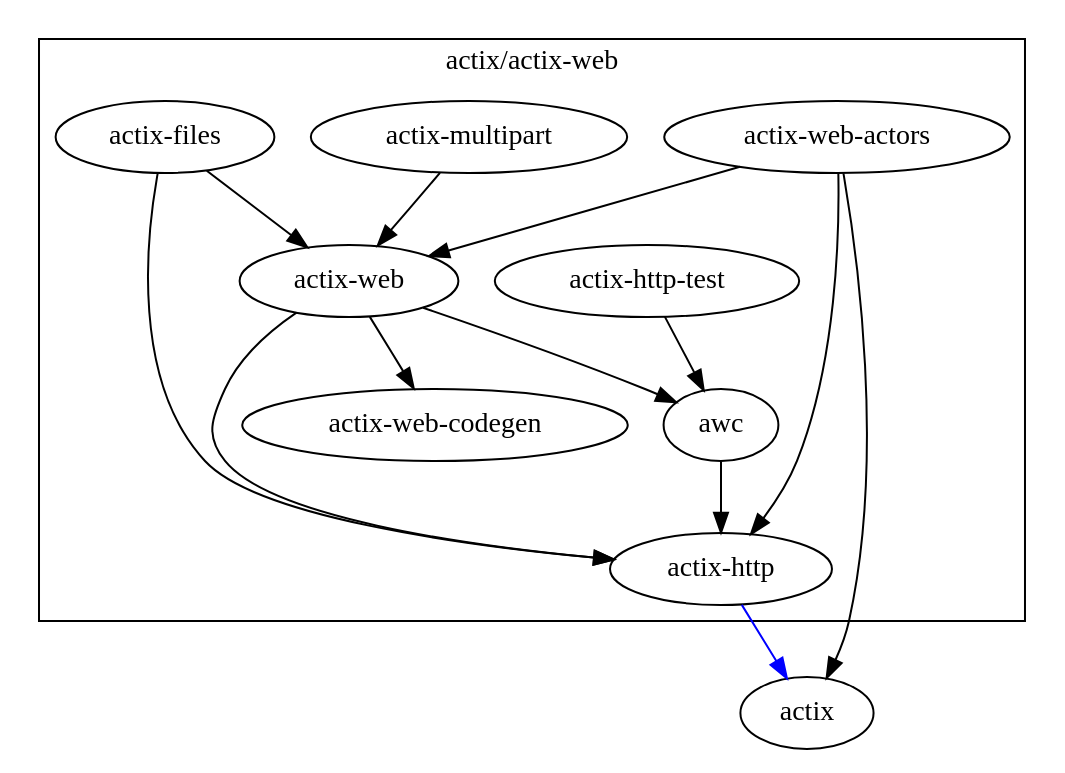
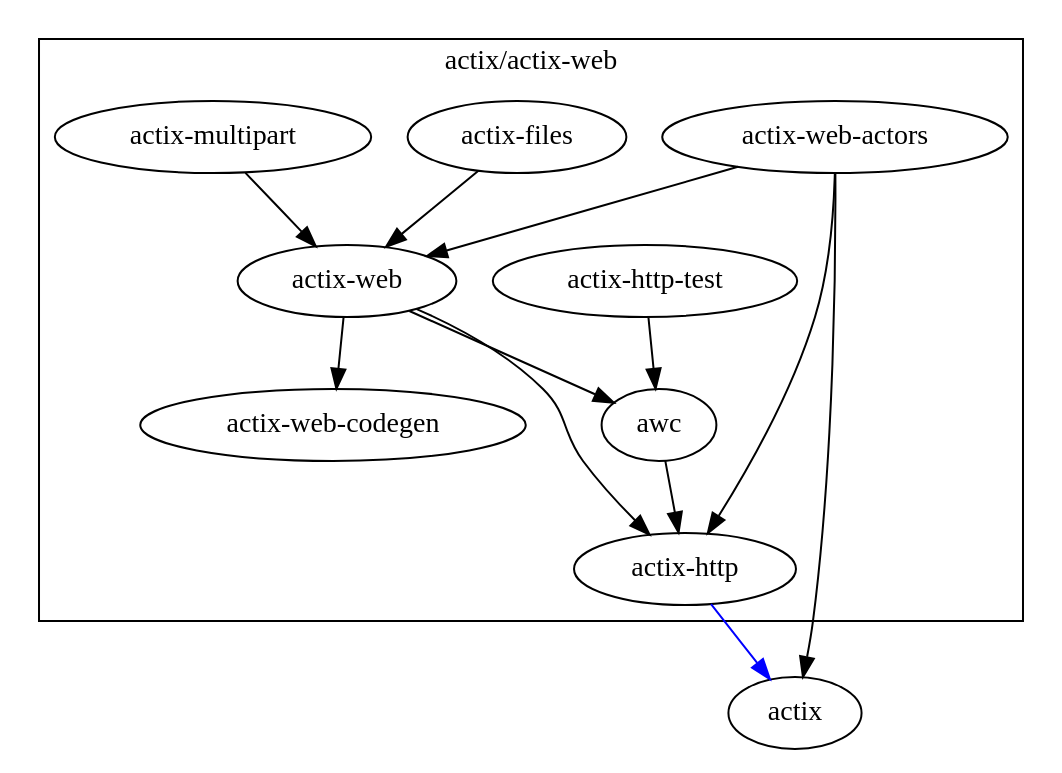
One commit to Cherry-Pooh/actix-web changed the diagram in docs/graphs/web-only.dot. Above: the diagram before and after it, drawn with Graphviz. The commit also changed 6 other files, not shown here.

First line of the commit message:
prepare web and awc releases

```diff
--- a/docs/graphs/web-only.dot
+++ b/docs/graphs/web-only.dot
@@ -1,21 +1,21 @@
 digraph {
     subgraph cluster_web {
         label="actix/actix-web"
         "awc"
         "actix-web"
         "actix-files"
         "actix-http"
         "actix-multipart"
         "actix-web-actors"
         "actix-web-codegen"
         "actix-http-test"
     }
 
-    "actix-web" -> {  "actix-web-codegen" "actix-http" "awc" }
+    "actix-web" -> { "actix-web-codegen" "actix-http" "awc" }
     "awc" -> { "actix-http" }
     "actix-web-actors" -> { "actix" "actix-web" "actix-http" }
     "actix-multipart" -> { "actix-web" }
     "actix-http" -> { "actix" }[color=blue] // optional
-    "actix-files" -> { "actix-web" "actix-http" }
+    "actix-files" -> { "actix-web" }
     "actix-http-test" -> { "awc" }
 }
```
